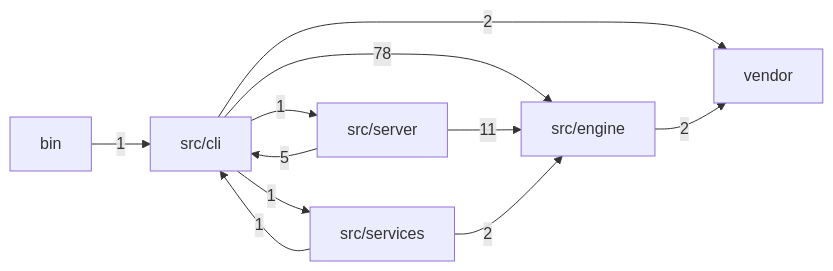
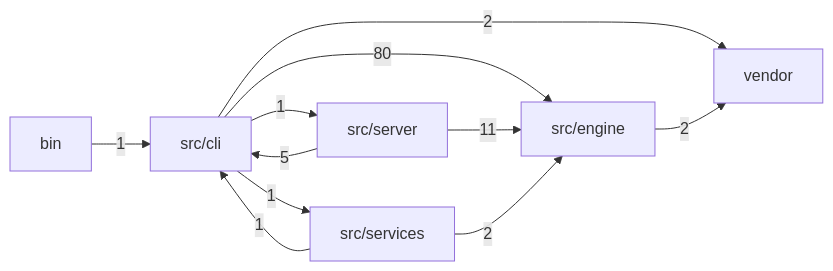
Before and after one commit to mgillr/memev: the first of 2 diagrams in docs/MODULES.md, drawn with Mermaid. The commit also changed other lines of this file and 5 other files, not shown here.

````diff
--- a/docs/MODULES.md
+++ b/docs/MODULES.md
@@ -11,19 +11,19 @@
 ```mermaid
 flowchart LR
   bin["bin"]
   cli["src/cli"]
   engine["src/engine"]
   server["src/server"]
   services["src/services"]
   vendor["vendor"]
   bin -->|"1"| cli
-  cli -->|"78"| engine
+  cli -->|"80"| engine
   cli -->|"1"| server
   cli -->|"1"| services
   cli -->|"2"| vendor
   engine -->|"2"| vendor
   server -->|"5"| cli
   server -->|"11"| engine
   services -->|"1"| cli
   services -->|"2"| engine
 ```
````
